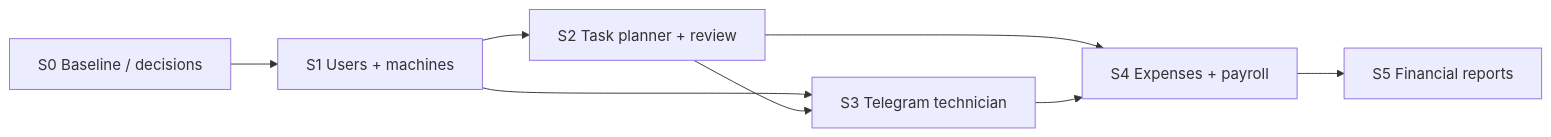
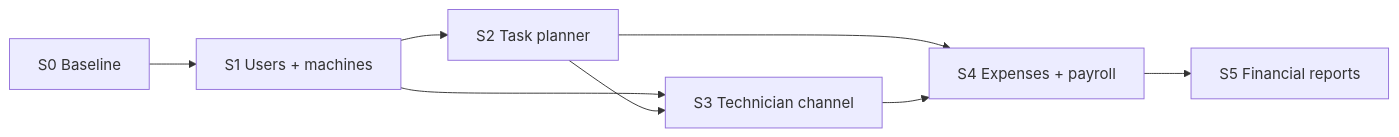
One commit to vodolij24/cabinet-vodolij24 changed the diagram in docs/ta-sprint.md. Above: the diagram before and after it, drawn with Mermaid. The commit also changed other lines of this file and 29 other files, not shown here.

````diff
--- a/docs/ta-sprint.md
+++ b/docs/ta-sprint.md
@@ -53,10 +97,10 @@
 ```mermaid
 flowchart LR
-  S0[S0 Baseline / decisions] --> S1[S1 Users + machines]
-  S1 --> S2[S2 Task planner + review]
-  S1 --> S3[S3 Telegram technician]
+  S0[S0 Baseline] --> S1[S1 Users + machines]
+  S1 --> S2[S2 Task planner]
+  S1 --> S3[S3 Technician channel]
   S2 --> S3
   S2 --> S4[S4 Expenses + payroll]
   S3 --> S4
   S4 --> S5[S5 Financial reports]
 ```
````
